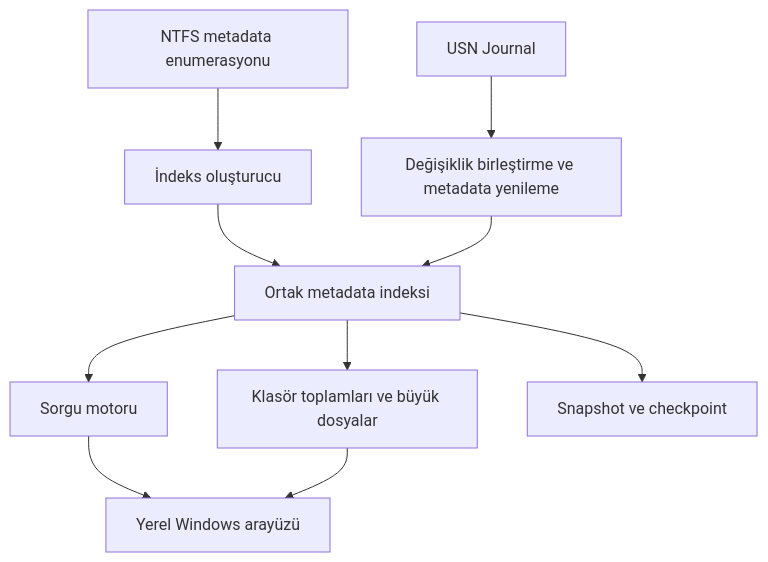
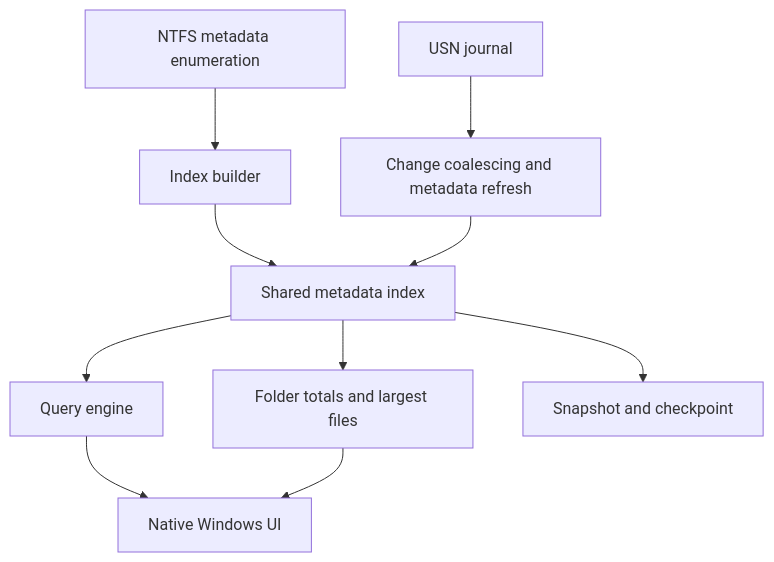
One commit to ersinkoc/RustSearch changed the diagram in docs/PROJECT_PLAN.md. Above: the diagram before and after it, drawn with Mermaid. The commit also changed other lines of this file and 21 other files, not shown here.

````diff
--- a/docs/PROJECT_PLAN.md
+++ b/docs/PROJECT_PLAN.md
@@ -83,12 +46,12 @@
 ```mermaid
 flowchart TD
-    A[NTFS metadata enumerasyonu] --> C[İndeks oluşturucu]
-    B[USN Journal] --> D[Değişiklik birleştirme ve metadata yenileme]
-    C --> E[Ortak metadata indeksi]
+    A[NTFS metadata enumeration] --> C[Index builder]
+    B[USN journal] --> D[Change coalescing and metadata refresh]
+    C --> E[Shared metadata index]
     D --> E
-    E --> F[Sorgu motoru]
-    E --> G[Klasör toplamları ve büyük dosyalar]
-    F --> H[Yerel Windows arayüzü]
+    E --> F[Query engine]
+    E --> G[Folder totals and largest files]
+    F --> H[Native Windows UI]
     G --> H
-    E --> I[Snapshot ve checkpoint]
+    E --> I[Snapshot and checkpoint]
 ```
````
